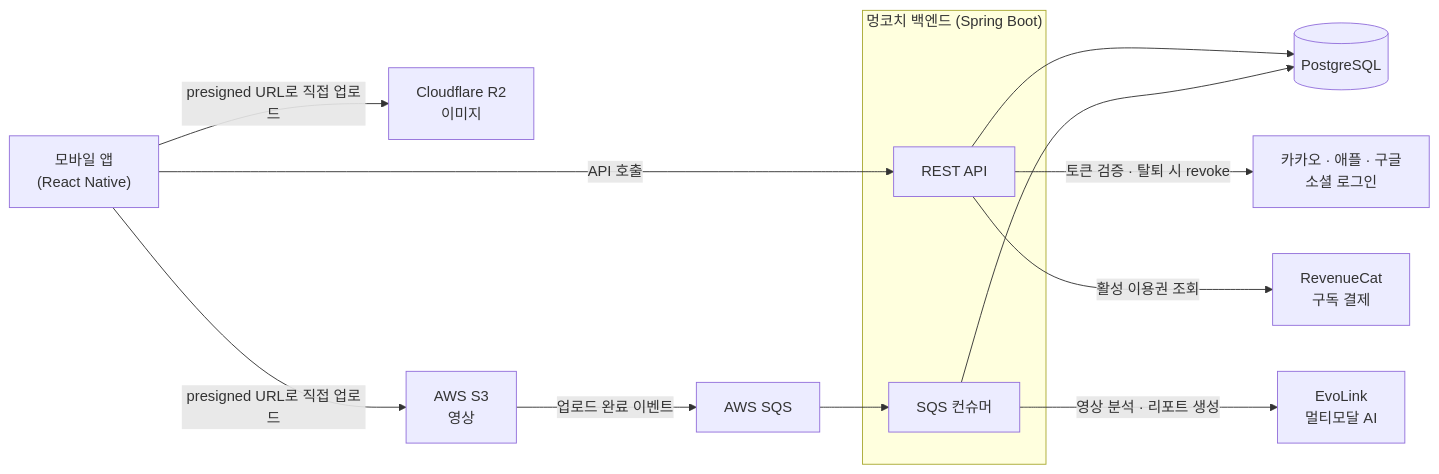
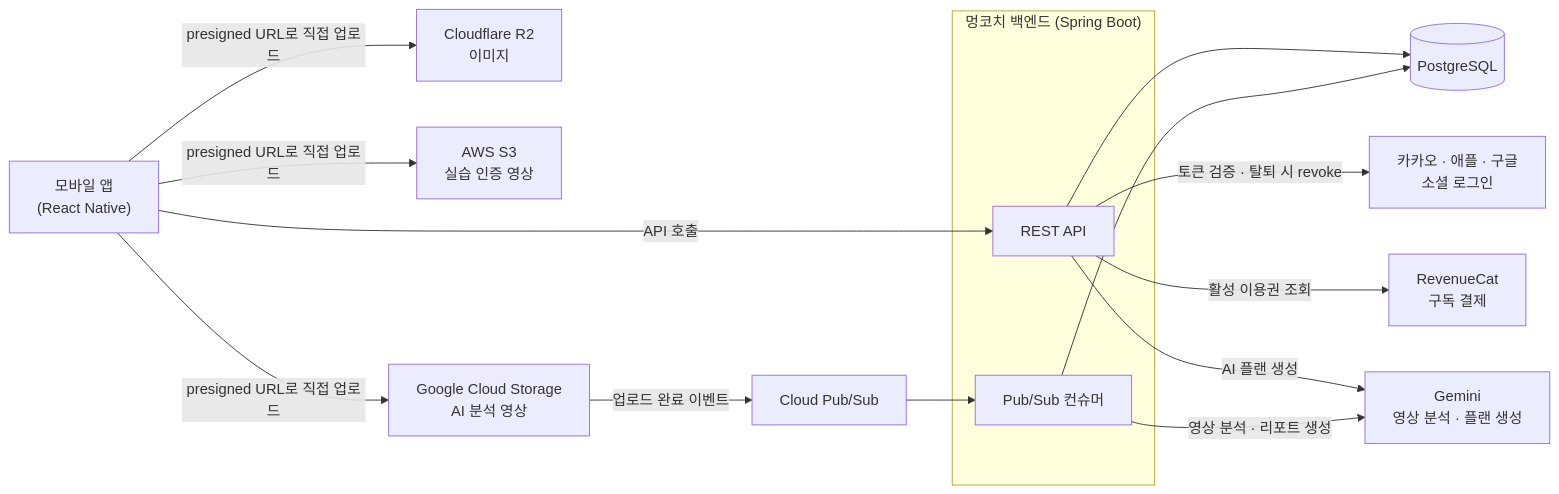
One commit to DaeSaBu/meongcoach-BE changed the diagram in README.md. Above: the diagram before and after it, drawn with Mermaid. The commit also changed other lines of this file and 3 other files, not shown here.

First line of the commit message:
docs(ai): 플랜 생성 Gemini 연동 반영과 EvoLink·SQS 서술 정리

````diff
--- a/README.md
+++ b/README.md
@@ -23,28 +23,31 @@
 ```mermaid
 flowchart LR
     App["모바일 앱<br/>(React Native)"]
 
     subgraph Backend["멍코치 백엔드 (Spring Boot)"]
         API["REST API"]
-        Consumer["SQS 컨슈머"]
+        Consumer["Pub/Sub 컨슈머"]
     end
 
     DB[("PostgreSQL")]
     Social["카카오 · 애플 · 구글<br/>소셜 로그인"]
     RC["RevenueCat<br/>구독 결제"]
-    EvoLink["EvoLink<br/>멀티모달 AI"]
+    Gemini["Gemini<br/>영상 분석 · 플랜 생성"]
     R2["Cloudflare R2<br/>이미지"]
-    S3["AWS S3<br/>영상"]
-    SQS["AWS SQS"]
+    S3["AWS S3<br/>실습 인증 영상"]
+    GCS["Google Cloud Storage<br/>AI 분석 영상"]
+    PubSub["Cloud Pub/Sub"]
 
     App -->|"API 호출"| API
     App -->|"presigned URL로 직접 업로드"| R2
     App -->|"presigned URL로 직접 업로드"| S3
+    App -->|"presigned URL로 직접 업로드"| GCS
     API --> DB
     API -->|"토큰 검증 · 탈퇴 시 revoke"| Social
     API -->|"활성 이용권 조회"| RC
-    S3 -->|"업로드 완료 이벤트"| SQS
-    SQS --> Consumer
-    Consumer -->|"영상 분석 · 리포트 생성"| EvoLink
+    API -->|"AI 플랜 생성"| Gemini
+    GCS -->|"업로드 완료 이벤트"| PubSub
+    PubSub --> Consumer
+    Consumer -->|"영상 분석 · 리포트 생성"| Gemini
     Consumer --> DB
 ```
````
